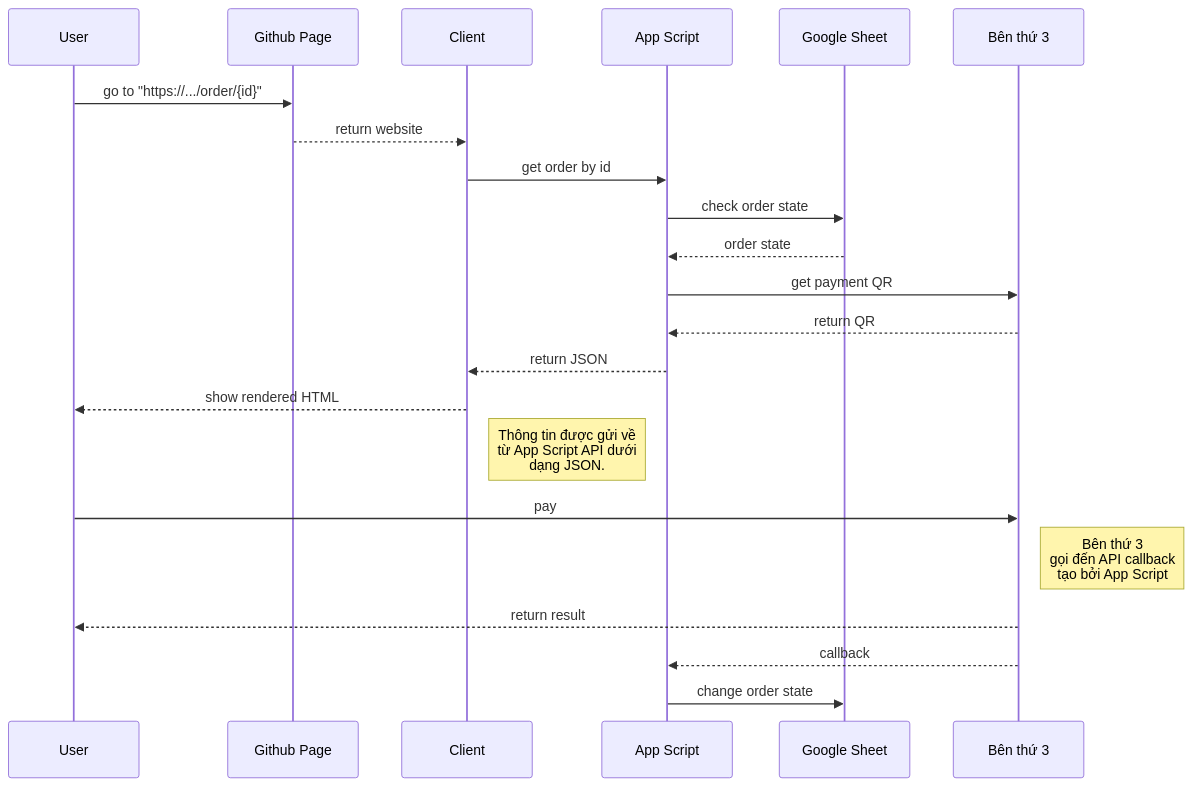
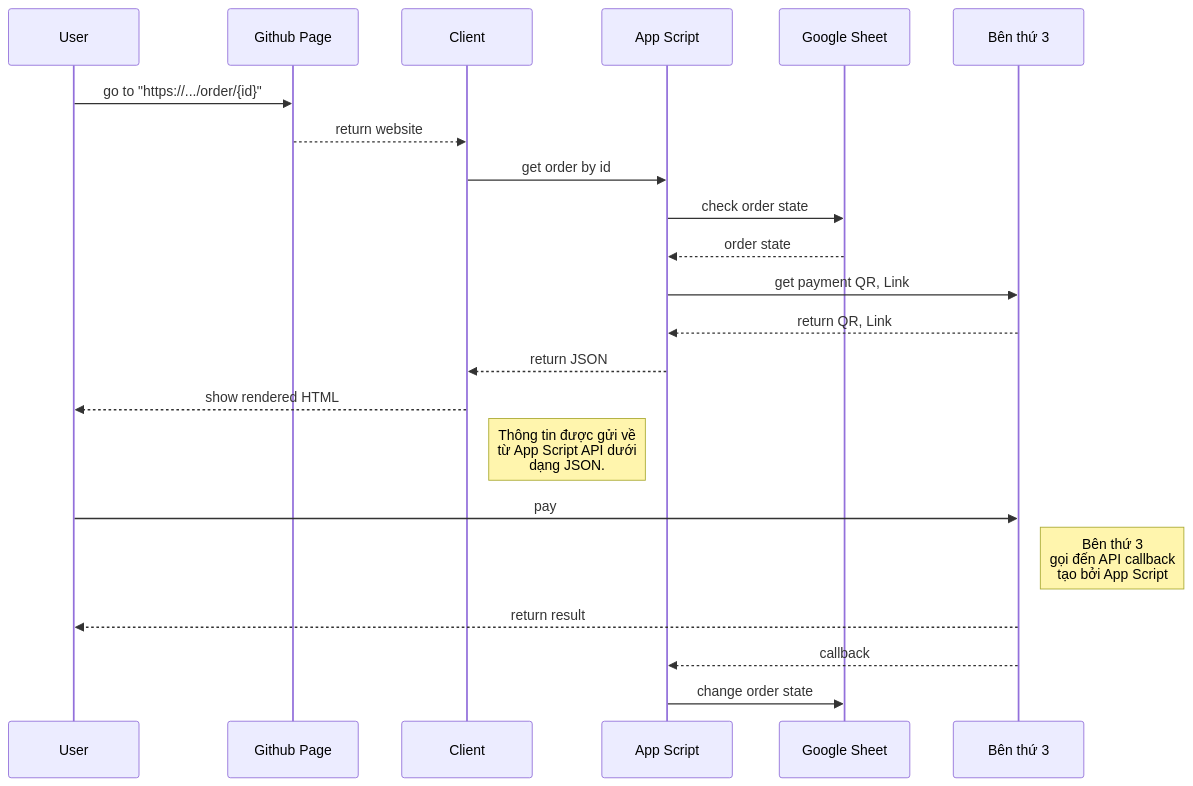
One commit to daovietanh190499/Shopsmon changed the seventh of 7 diagrams in README.md. Above: the diagram before and after it, drawn with Mermaid.

````diff
--- a/README.md
+++ b/README.md
@@ -152,18 +152,18 @@
 ```mermaid
 sequenceDiagram
 User ->> Github Page: go to "https://.../order/{id}"
 Github Page -->> Client: return website
 Client ->> App Script: get order by id
 App Script ->> Google Sheet: check order state
 Google Sheet -->> App Script: order state
-App Script ->> Bên thứ 3: get payment QR
-Bên thứ 3 -->> App Script: return QR
+App Script ->> Bên thứ 3: get payment QR, Link
+Bên thứ 3 -->> App Script: return QR, Link
 App Script-->>Client: return JSON
 Client -->> User: show rendered HTML
 Note right of Client: Thông tin được gửi về <br/> từ App Script API dưới <br/> dạng JSON.
 User ->> Bên thứ 3: pay
 Note right of Bên thứ 3: Bên thứ 3 <br/> gọi đến API callback <br/> tạo bởi App Script
 Bên thứ 3 -->> User: return result
 Bên thứ 3 -->> App Script: callback
 App Script->>Google Sheet: change order state
 ```
````
